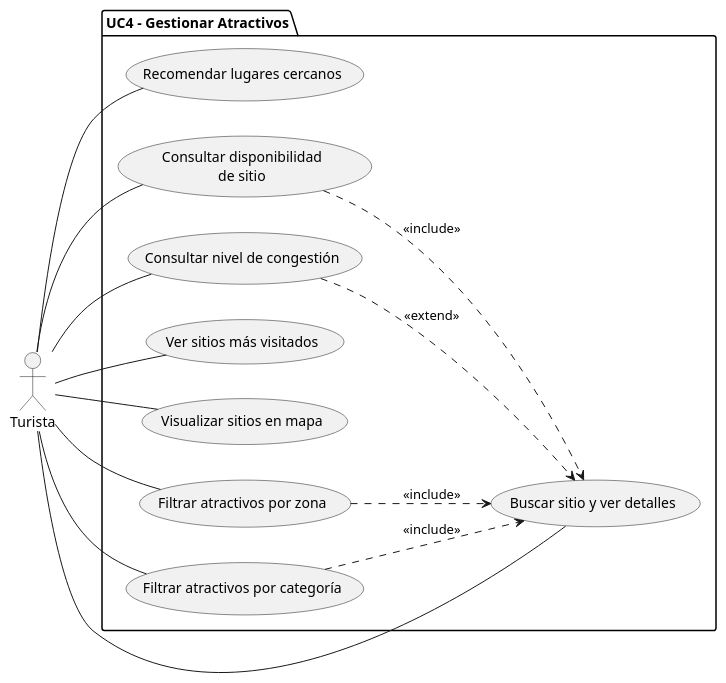
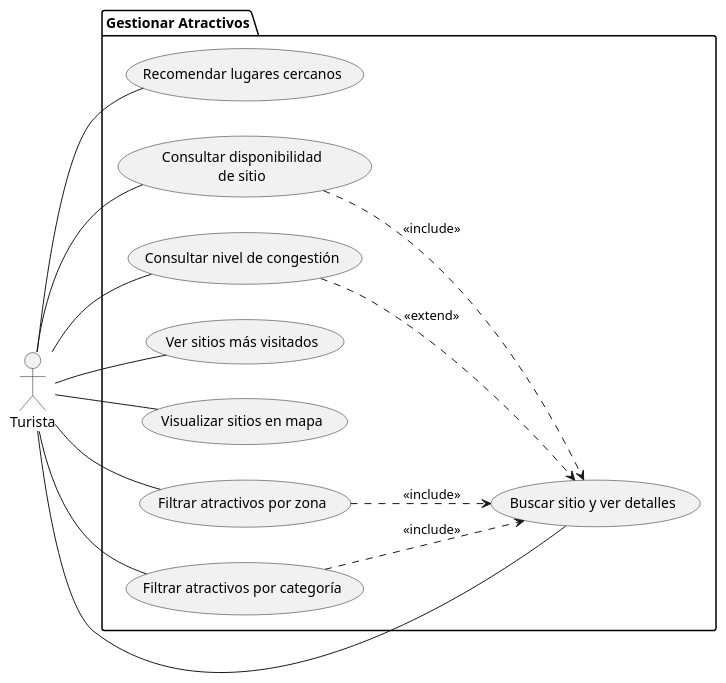
The diagram in docs/modelos/uc-lvl-1/gestionar-atractivos/turista-diagrama.puml (xdark-nessx20/SM-Xplore), drawn with PlantUML before and after one commit. The commit also changed 7 other files, not shown here.

```diff
--- a/docs/modelos/uc-lvl-1/gestionar-atractivos/turista-diagrama.puml
+++ b/docs/modelos/uc-lvl-1/gestionar-atractivos/turista-diagrama.puml
@@ -1,31 +1,31 @@
 @startuml
 left to right direction
 
 actor Turista as T
 
-package "UC4 - Gestionar Atractivos" {
+package "Gestionar Atractivos" {
     usecase "Buscar sitio y ver detalles" as UC1
     usecase "Recomendar lugares cercanos" as UC2
     usecase "Consultar disponibilidad\nde sitio" as UC3
     usecase "Consultar nivel de congestión" as UC4
     usecase "Ver sitios más visitados" as UC5
     usecase "Visualizar sitios en mapa" as UC6
     usecase "Filtrar atractivos por zona" as UC7
     usecase "Filtrar atractivos por categoría" as UC8
 }
 
 T -- UC1
 T -- UC2
 T -- UC3
 T -- UC4
 T -- UC5
 T -- UC6
 T -- UC7
 T -- UC8
 
 UC3 ..> UC1 : <<include>>
 UC4 ..> UC1 : <<extend>>
 UC7 ..> UC1 : <<include>>
 UC8 ..> UC1 : <<include>>
 
 @enduml
```
